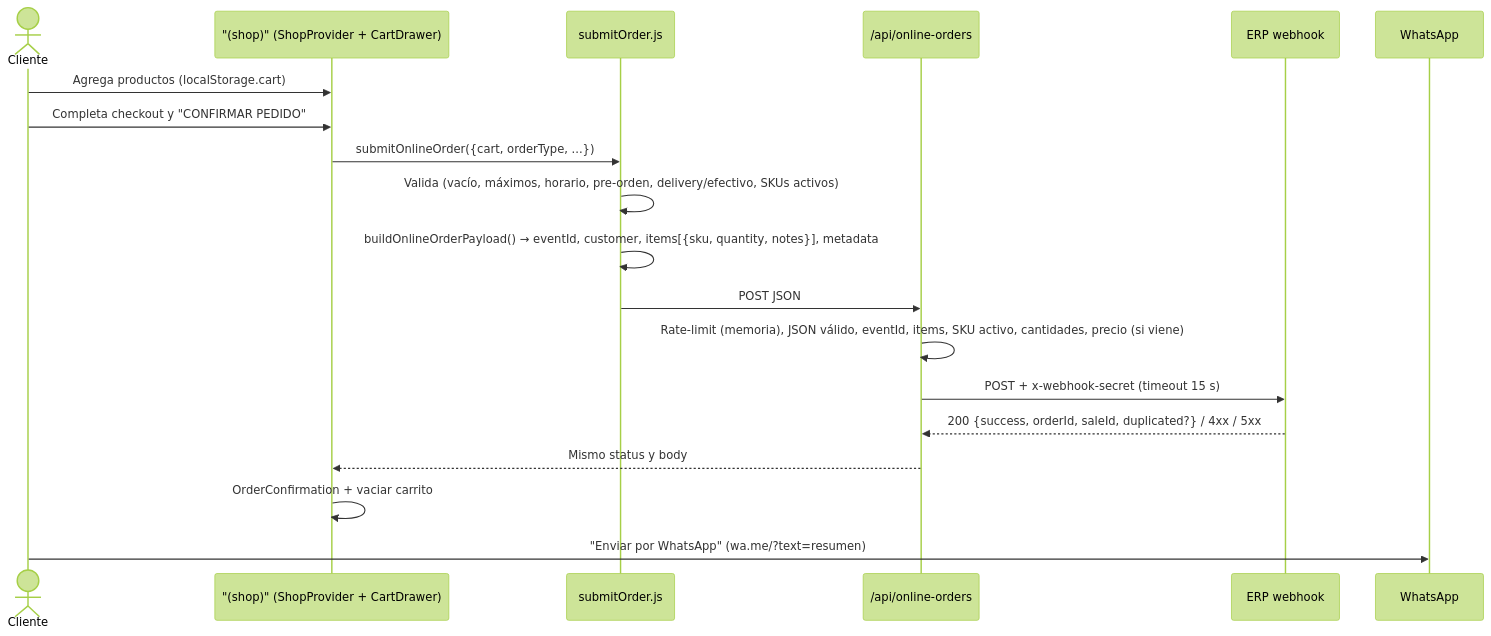
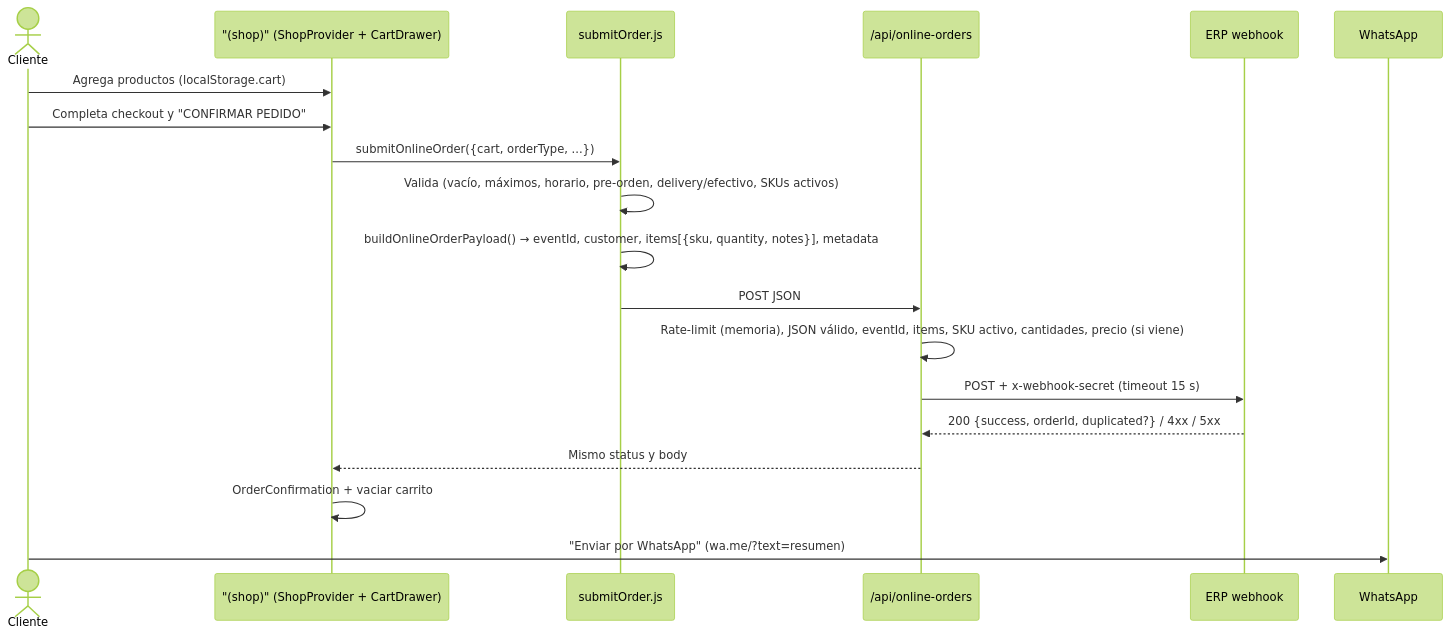
The diagram in docs/ARCHITECTURE.md (sjaquer/big-jack-menu), drawn with Mermaid (forest theme) before and after one commit. The commit also changed other lines of this file and 31 other files, not shown here.

````diff
--- a/docs/ARCHITECTURE.md
+++ b/docs/ARCHITECTURE.md
@@ -131,22 +131,22 @@
 ```mermaid
 sequenceDiagram
   actor C as Cliente
   participant UI as "(shop)" (ShopProvider + CartDrawer)
   participant SO as submitOrder.js
   participant API as /api/online-orders
   participant ERP as ERP webhook
   participant WA as WhatsApp
 
   C->>UI: Agrega productos (localStorage.cart)
   C->>UI: Completa checkout y "CONFIRMAR PEDIDO"
   UI->>SO: submitOnlineOrder({cart, orderType, ...})
   SO->>SO: Valida (vacío, máximos, horario, pre-orden, delivery/efectivo, SKUs activos)
   SO->>SO: buildOnlineOrderPayload() → eventId, customer, items[{sku, quantity, notes}], metadata
   SO->>API: POST JSON
   API->>API: Rate-limit (memoria), JSON válido, eventId, items, SKU activo, cantidades, precio (si viene)
   API->>ERP: POST + x-webhook-secret (timeout 15 s)
-  ERP-->>API: 200 {success, orderId, saleId, duplicated?} / 4xx / 5xx
+  ERP-->>API: 200 {success, orderId, duplicated?} / 4xx / 5xx
   API-->>UI: Mismo status y body
   UI->>UI: OrderConfirmation + vaciar carrito
   C->>WA: "Enviar por WhatsApp" (wa.me/?text=resumen)
 ```
````
